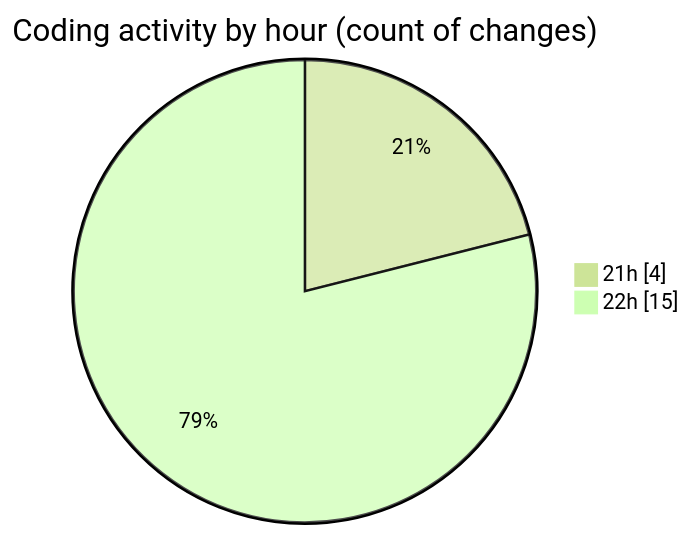
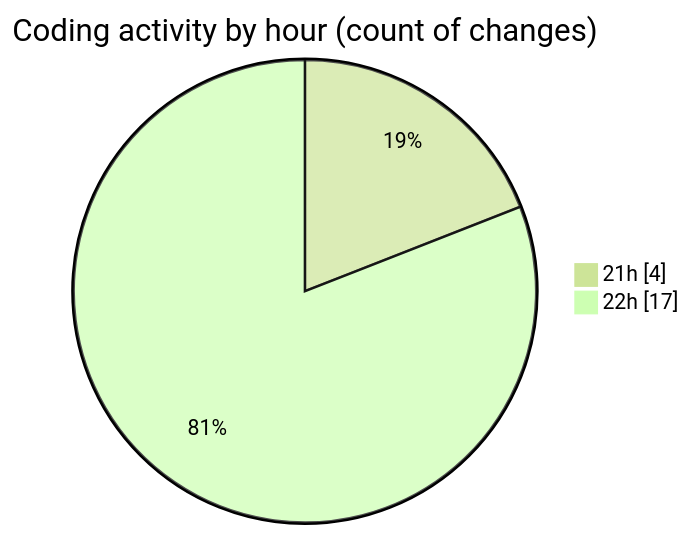
The second of 2 diagrams in 2025-06-17/studio-backend/README.md (idhammustaqopulfikri/code-tracking), drawn with Mermaid (forest theme) before and after one commit. The commit also changed other lines of this file and 1 other file, not shown here.

````diff
--- a/2025-06-17/studio-backend/README.md
+++ b/2025-06-17/studio-backend/README.md
@@ -32,6 +32,6 @@
 ```mermaid
 pie showData
 title Coding activity by hour (count of changes)
 "21h" : 4
-"22h" : 15
+"22h" : 17
 ```
````
